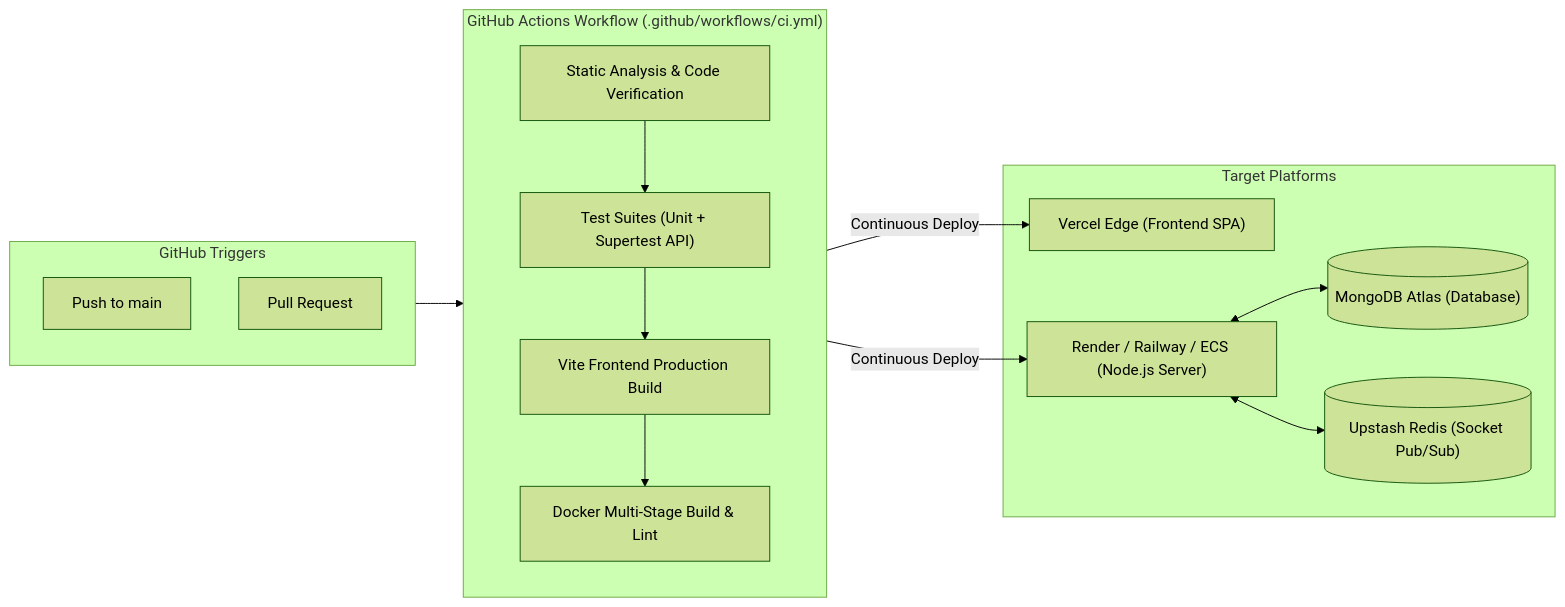
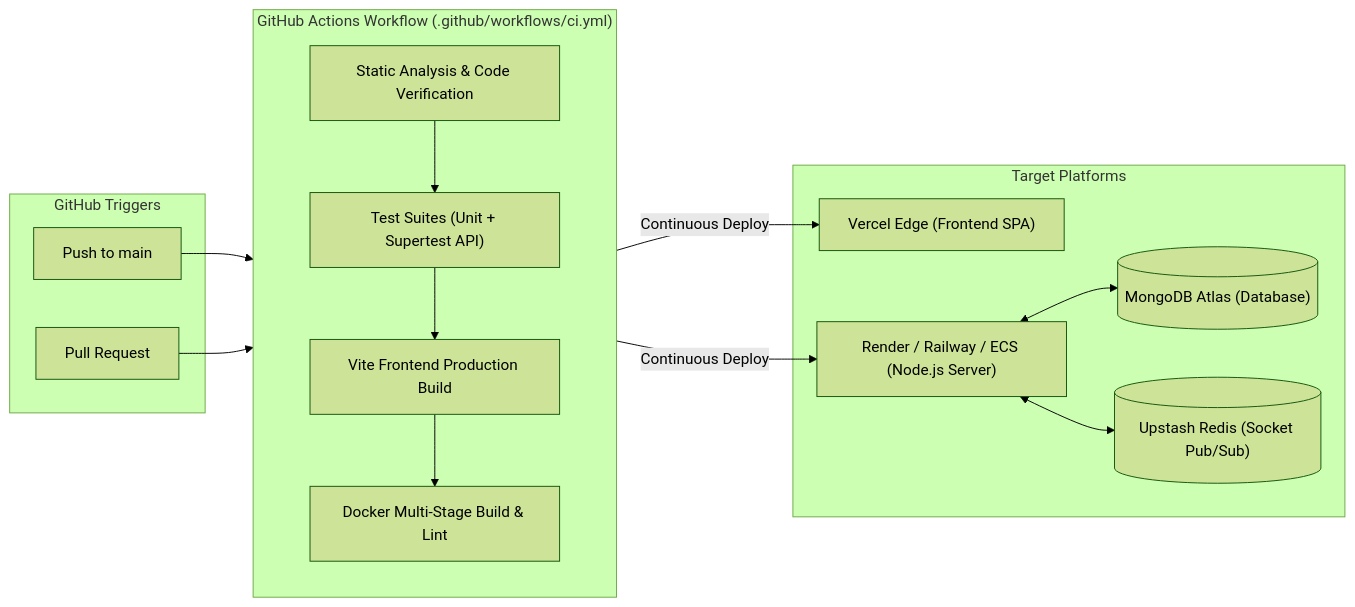
One commit to Anu7276/CAFE_MANAGEMENT_SYSTEM changed the fourth of 6 diagrams in README.md. Above: the diagram before and after it, drawn with Mermaid (forest theme). The commit also changed other lines of this file, not shown here.

Commit message:
docs(readme): fix mermaid syntax errors in sequence and flowchart diagrams

````diff
--- a/README.md
+++ b/README.md
@@ -322,29 +324,30 @@
 ```mermaid
 flowchart LR
     subgraph Trigger ["GitHub Triggers"]
         P1["Push to main"]
         P2["Pull Request"]
     end
 
     subgraph CI ["GitHub Actions Workflow (.github/workflows/ci.yml)"]
         direction TB
         LINT["Static Analysis & Code Verification"]
         TEST["Test Suites (Unit + Supertest API)"]
         BUILD["Vite Frontend Production Build"]
         DOCKER["Docker Multi-Stage Build & Lint"]
     end
 
     subgraph Registry ["Target Platforms"]
         VERCEL["Vercel Edge (Frontend SPA)"]
         RENDER["Render / Railway / ECS (Node.js Server)"]
         ATLAS[("MongoDB Atlas (Database)")]
         UPSTASH[("Upstash Redis (Socket Pub/Sub)")]
     end
 
-    Trigger --> CI
+    P1 --> LINT
+    P2 --> LINT
     LINT --> TEST --> BUILD --> DOCKER
     DOCKER -->|"Continuous Deploy"| VERCEL
     DOCKER -->|"Continuous Deploy"| RENDER
     RENDER <--> ATLAS
     RENDER <--> UPSTASH
 ```
````
